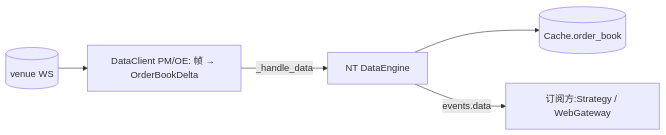
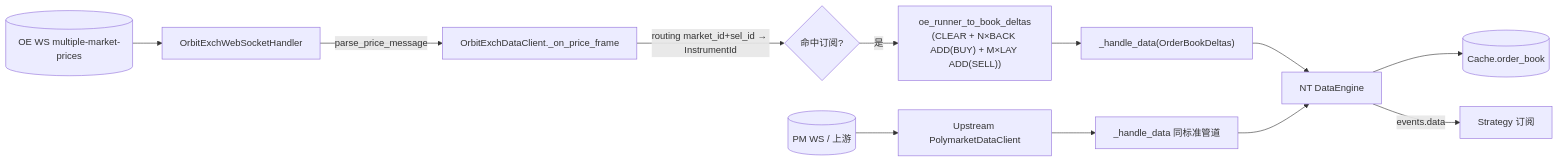
One commit to psnewer/nautilus_trader changed the diagram in docs/arbitrage/architectures/data/architecture.md. Above: the diagram before and after it, drawn with Mermaid. The commit also changed other lines of this file and 113 other files, not shown here.

````diff
--- a/docs/arbitrage/architectures/data/architecture.md
+++ b/docs/arbitrage/architectures/data/architecture.md
@@ -18,7 +28,14 @@
 ```mermaid
 flowchart LR
-  V[(venue WS)] --> DC["DataClient PM/OE: 帧 → OrderBookDelta"]
-  DC -->|_handle_data| DE[NT DataEngine]
+  V[(OE WS multiple-market-prices)] --> WSH[OrbitExchWebSocketHandler]
+  WSH -->|parse_price_message| DC[OrbitExchDataClient._on_price_frame]
+  DC -->|routing market_id+sel_id → InstrumentId| MAP{命中订阅?}
+  MAP -->|是| CONV["oe_runner_to_book_deltas\n(CLEAR + N×BACK ADD(BUY) + M×LAY ADD(SELL))"]
+  CONV --> HD["_handle_data(OrderBookDeltas)"]
+  HD --> DE[NT DataEngine]
   DE --> C[(Cache.order_book)]
-  DE -->|events.data| SUB["订阅方:Strategy / WebGateway"]
+  DE -->|events.data| ST[Strategy 订阅]
+  PMWS[(PM WS / 上游)] --> PMUP[Upstream PolymarketDataClient]
+  PMUP --> HD2[_handle_data 同标准管道]
+  HD2 --> DE
 ```
````
